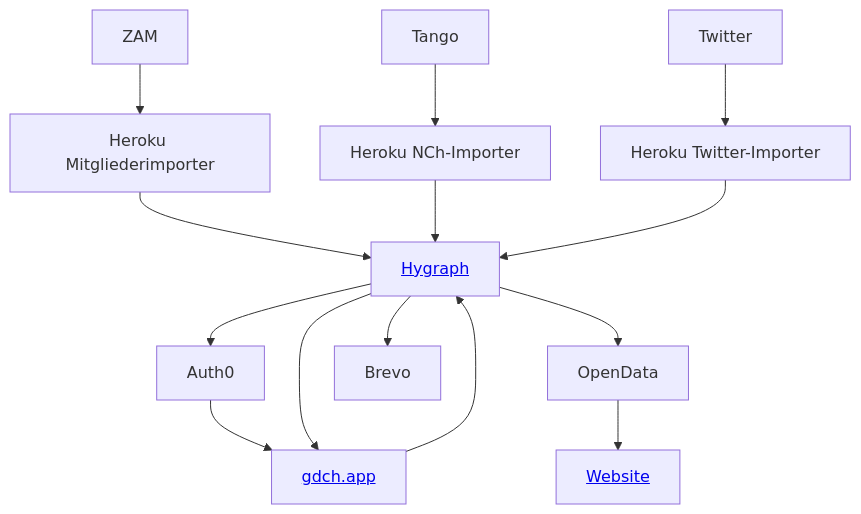
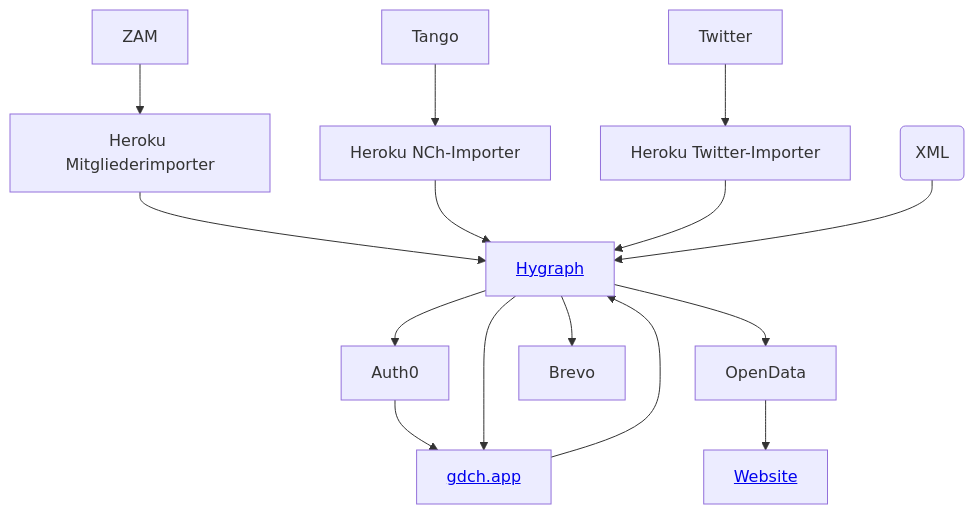
Before and after one commit to GDCh-de/docs: the diagram in infrastructure.md, drawn with Mermaid.

````diff
--- a/infrastructure.md
+++ b/infrastructure.md
@@ -3,9 +3,9 @@
 ```mermaid
 graph TD;
   Hygraph[<a href='/GDCh-de/docs/blob/main/hygraph.md'>Hygraph</a>] --> Auth0 --> App[<a href='https://gdch.app'>gdch.app</a>] --> Hygraph --> App;
   ZAM --> Heroku1[Heroku Mitgliederimporter] --> Hygraph;
   Tango --> Heroku2[Heroku NCh-Importer] --> Hygraph;
   Twitter --> Heroku3[Heroku Twitter-Importer] --> Hygraph;
   Hygraph --> OpenData --> Website[<a href='https://gdch.de'>Website</a>];
-  Hygraph --> Brevo
+  NCh(XML) --> Hygraph --> Brevo
 ```
````
